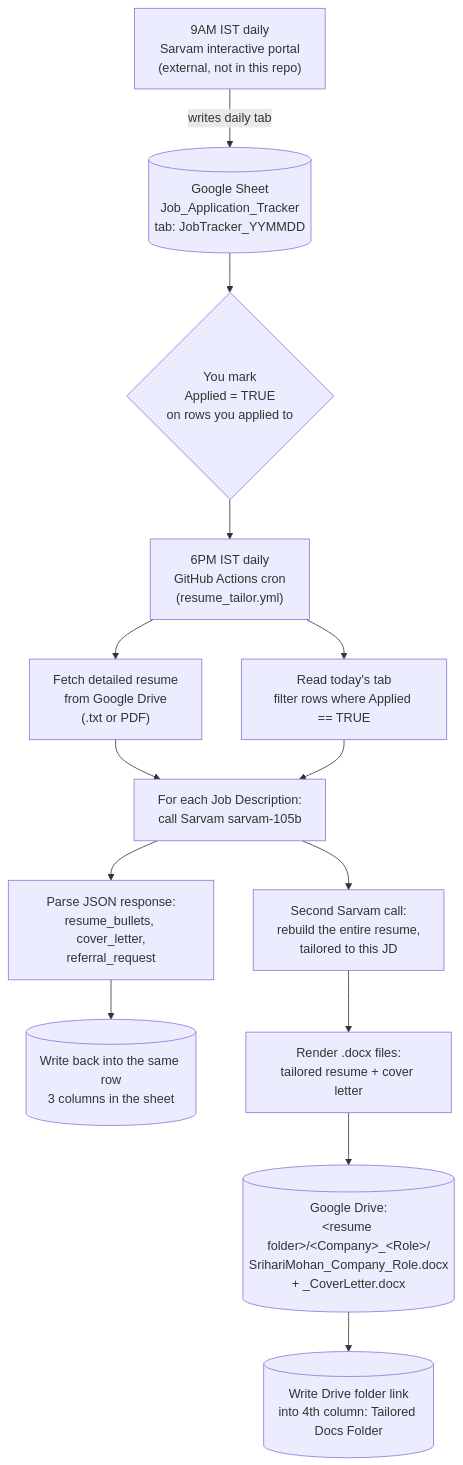
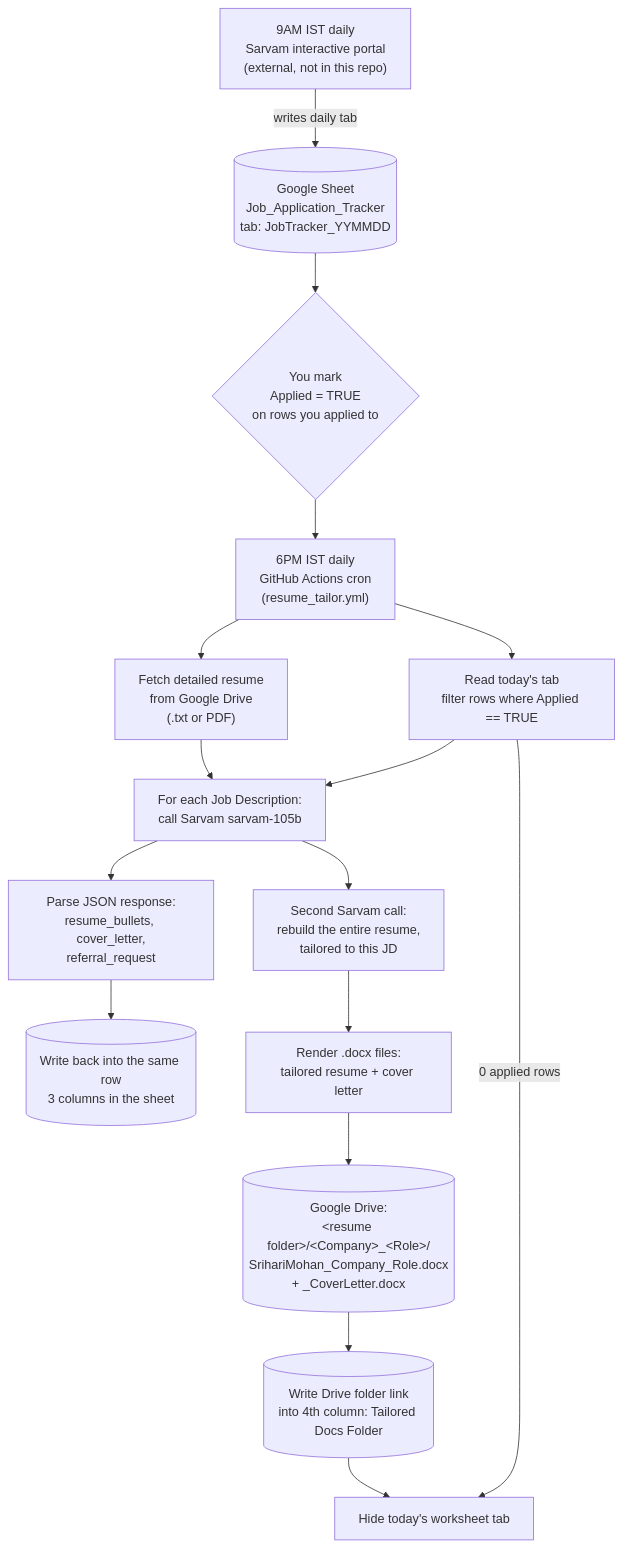
The diagram in README.md (mosrihari/ResumeBuilder), drawn with Mermaid before and after one commit. The commit also changed other lines of this file, not shown here.

First line of the commit message:
Document the tab-hiding behavior in README

````diff
--- a/README.md
+++ b/README.md
@@ -11,16 +11,18 @@
 ```mermaid
 flowchart TD
     A["9AM IST daily<br/>Sarvam interactive portal<br/>(external, not in this repo)"] -->|writes daily tab| B[("Google Sheet<br/>Job_Application_Tracker<br/>tab: JobTracker_YYMMDD")]
     B --> C{"You mark<br/>Applied = TRUE<br/>on rows you applied to"}
     C --> D["6PM IST daily<br/>GitHub Actions cron<br/>(resume_tailor.yml)"]
     D --> E["Fetch detailed resume<br/>from Google Drive<br/>(.txt or PDF)"]
     D --> F["Read today's tab<br/>filter rows where Applied == TRUE"]
     E --> G["For each Job Description:<br/>call Sarvam sarvam-105b"]
     F --> G
     G --> H["Parse JSON response:<br/>resume_bullets, cover_letter,<br/>referral_request"]
     H --> I[("Write back into the same row<br/>3 columns in the sheet")]
     G --> J["Second Sarvam call:<br/>rebuild the entire resume,<br/>tailored to this JD"]
     J --> K["Render .docx files:<br/>tailored resume + cover letter"]
     K --> L[("Google Drive:<br/>&lt;resume folder&gt;/&lt;Company&gt;_&lt;Role&gt;/<br/>SrihariMohan_Company_Role.docx<br/>+ _CoverLetter.docx")]
     L --> M[("Write Drive folder link<br/>into 4th column: Tailored Docs Folder")]
+    M --> N["Hide today's worksheet tab"]
+    F -->|"0 applied rows"| N
 ```
````
